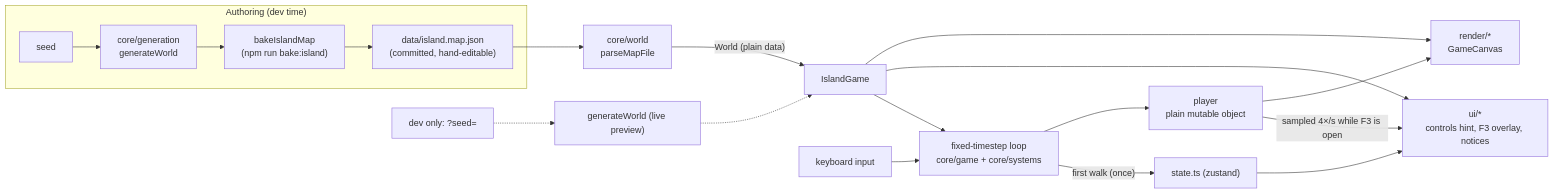
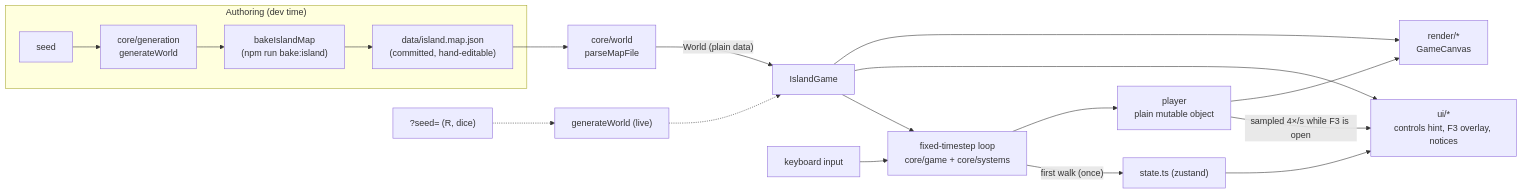
One commit to charlesj29/slow-living changed the first of 3 diagrams in docs/ARCHITECTURE.md. Above: the diagram before and after it, drawn with Mermaid. The commit also changed other lines of this file and 16 other files, not shown here.

````diff
--- a/docs/ARCHITECTURE.md
+++ b/docs/ARCHITECTURE.md
@@ -84,20 +86,20 @@
 ```mermaid
 flowchart LR
   subgraph Authoring["Authoring (dev time)"]
     Seed["seed"] --> Gen["core/generation<br/>generateWorld"]
     Gen --> Bake["bakeIslandMap<br/>(npm run bake:island)"]
     Bake --> File["data/island.map.json<br/>(committed, hand-editable)"]
   end
   File --> Parse["core/world<br/>parseMapFile"]
   Parse -- "World (plain data)" --> Game["IslandGame"]
-  DevSeed["dev only: ?seed="] -.-> Gen2["generateWorld (live preview)"] -.-> Game
+  SeedUrl["?seed= (R, dice)"] -.-> Gen2["generateWorld (live)"] -.-> Game
   Game --> Render["render/*<br/>GameCanvas"]
   Game --> UI["ui/*<br/>controls hint, F3 overlay, notices"]
   Input["keyboard input"] --> Loop["fixed-timestep loop<br/>core/game + core/systems"]
   Game --> Loop
   Loop --> Entities["player<br/>plain mutable object"]
   Entities --> Render
   Loop -- "first walk (once)" --> Store["state.ts (zustand)"]
   Store --> UI
   Entities -- "sampled 4×/s while F3 is open" --> UI
 ```
````
